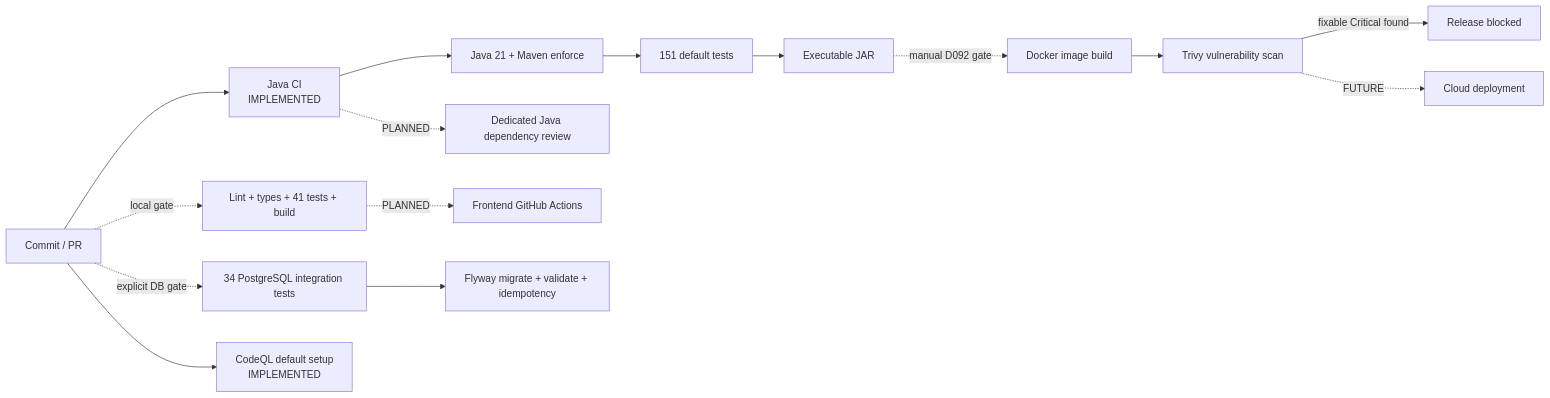
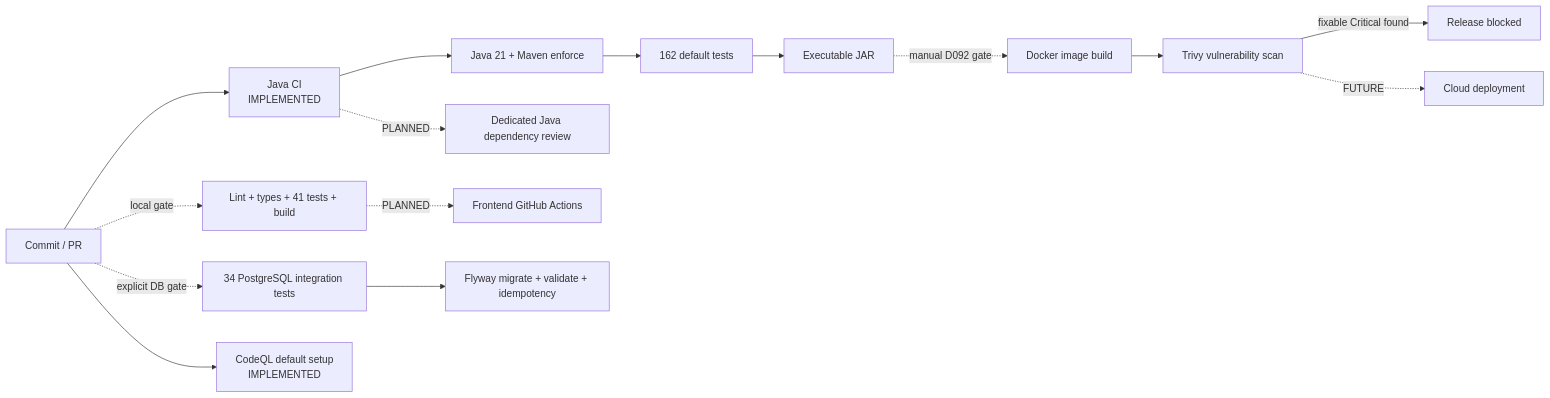
The fourth of 5 diagrams in docs/portfolio/technical-evidence.md (Dmillan-dev/ImperatorProyect), drawn with Mermaid before and after one commit. The commit also changed other lines of this file and 50 other files, not shown here.

````diff
--- a/docs/portfolio/technical-evidence.md
+++ b/docs/portfolio/technical-evidence.md
@@ -124,17 +124,17 @@
 ```mermaid
 flowchart LR
     Commit[Commit / PR] --> JavaCI[Java CI<br/>IMPLEMENTED]
     JavaCI --> Compile[Java 21 + Maven enforce]
-    Compile --> BackendTests[151 default tests]
+    Compile --> BackendTests[162 default tests]
     BackendTests --> Jar[Executable JAR]
     Commit -. local gate .-> Frontend[Lint + types + 41 tests + build]
     Commit -. explicit DB gate .-> PGTests[34 PostgreSQL integration tests]
     PGTests --> Flyway[Flyway migrate + validate + idempotency]
     Jar -. manual D092 gate .-> Images[Docker image build]
     Images --> Trivy[Trivy vulnerability scan]
     Trivy -->|fixable Critical found| Block[Release blocked]
     Frontend -. PLANNED .-> FrontendCI[Frontend GitHub Actions]
     Commit --> SAST[CodeQL default setup<br/>IMPLEMENTED]
     JavaCI -. PLANNED .-> JavaSCA[Dedicated Java dependency review]
     Trivy -. FUTURE .-> Deploy[Cloud deployment]
 ```
````
